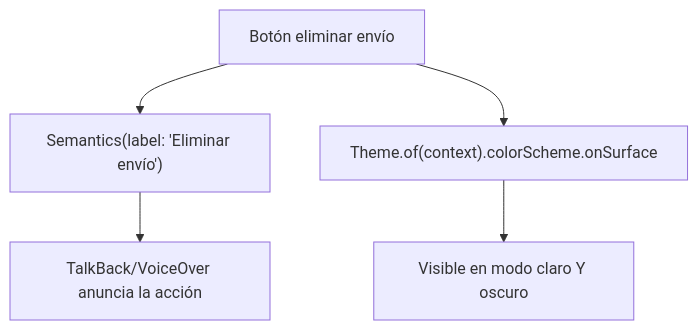
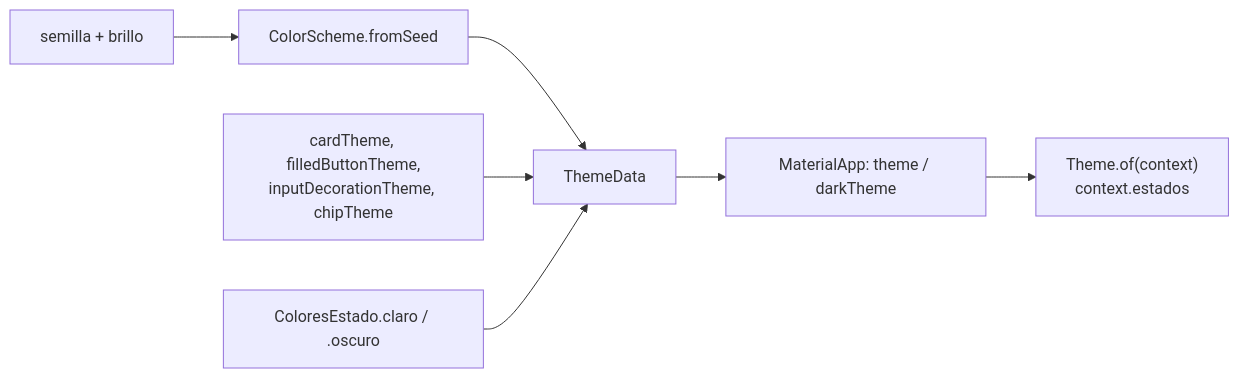
One commit to NICORUIZ93/The_Imperial_Book changed the first of 4 diagrams in web/public/content/flutter/modulo-10.md. Above: the diagram before and after it, drawn with Mermaid. The commit also changed other lines of this file and 8 other files, not shown here.

````diff
--- a/web/public/content/flutter/modulo-10.md
+++ b/web/public/content/flutter/modulo-10.md
@@ -146,7 +180,9 @@
 ```mermaid
-flowchart TD
-    A["Botón eliminar envío"] --> B["Semantics(label: 'Eliminar envío')"]
-    B --> C["TalkBack/VoiceOver anuncia la acción"]
-    A --> D["Theme.of(context).colorScheme.onSurface"]
-    D --> E["Visible en modo claro Y oscuro"]
+flowchart LR
+    S["semilla + brillo"] --> F["ColorScheme.fromSeed"]
+    F --> T["ThemeData"]
+    C["cardTheme, filledButtonTheme,<br/>inputDecorationTheme, chipTheme"] --> T
+    E["ColoresEstado.claro / .oscuro"] --> T
+    T --> M["MaterialApp: theme / darkTheme"]
+    M --> W["Theme.of(context)<br/>context.estados"]
 ```
````
